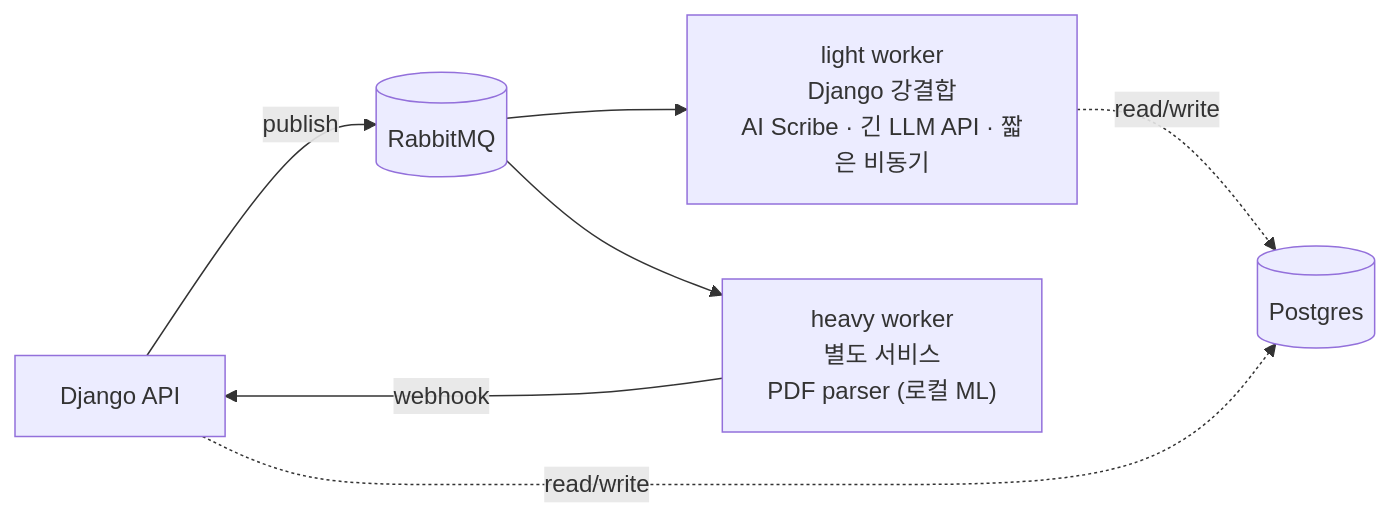
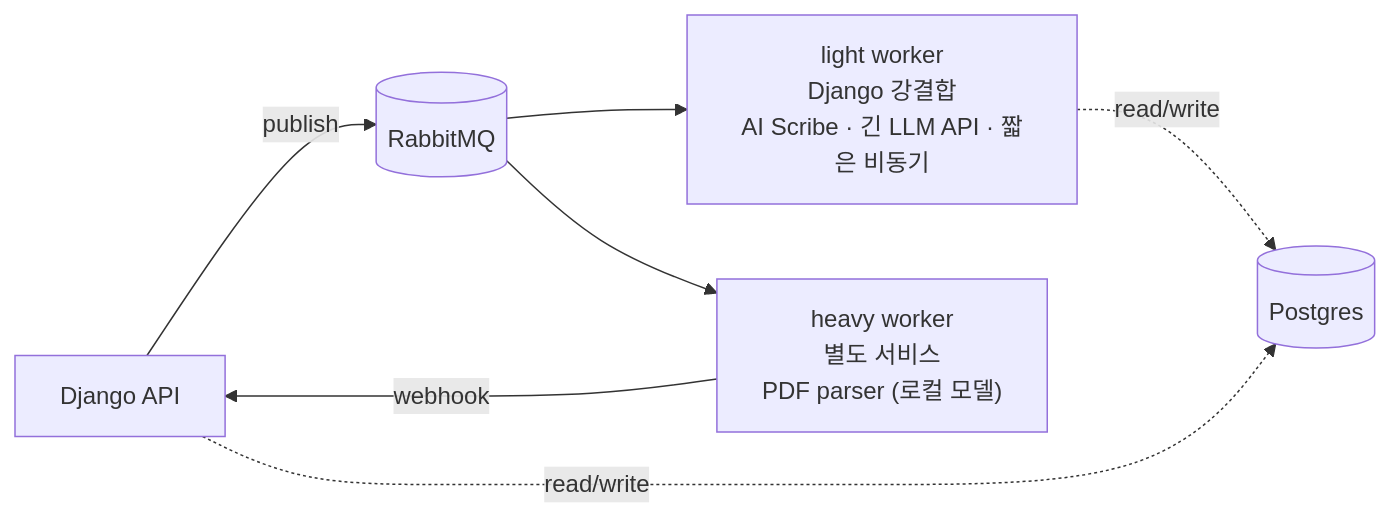
Before and after one commit to texasroh/texasroh.github.io: the third of 6 diagrams in _portfolio/portfolio.md, drawn with Mermaid. The commit also changed other lines of this file, not shown here.

````diff
--- a/_portfolio/portfolio.md
+++ b/_portfolio/portfolio.md
@@ -129,9 +129,9 @@
 ```mermaid
 flowchart LR
     API[Django API] -->|publish| MQ[(RabbitMQ)]
     MQ --> MW["light worker<br/>Django 강결합<br/>AI Scribe · 긴 LLM API · 짧은 비동기"]
-    MQ --> ML["heavy worker<br/>별도 서비스<br/>PDF parser (로컬 ML)"]
+    MQ --> ML["heavy worker<br/>별도 서비스<br/>PDF parser (로컬 모델)"]
     MW -.->|read/write| DB[(Postgres)]
     API -.->|read/write| DB
     ML -->|webhook| API
 ```
````
